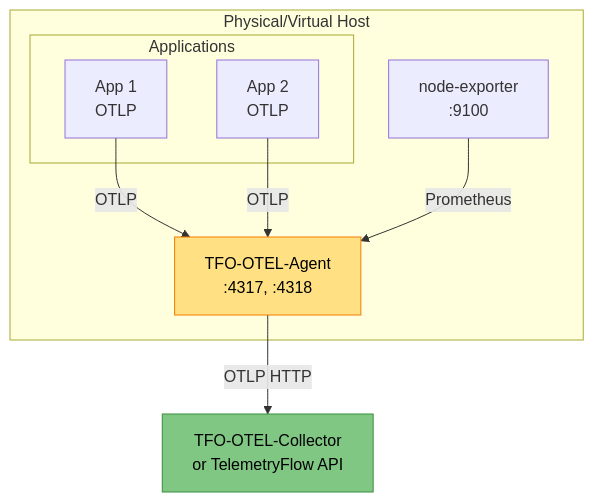
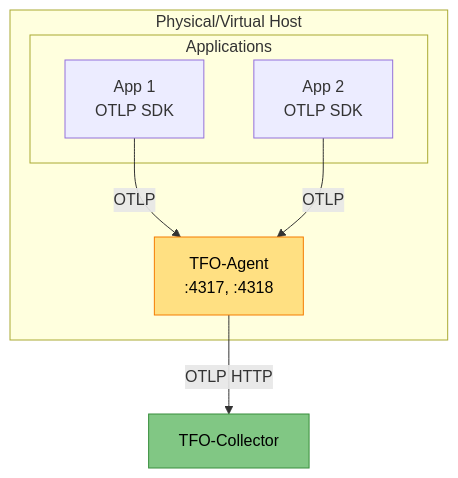
Before and after one commit to telemetryflow/telemetryflow-overview: the third of 3 diagrams in tfo-otel/TFO-OTEL-AGENT.md, drawn with Mermaid. The commit also changed other lines of this file and 55 other files, not shown here.

Commit message:
Update version for TelemetryFlow Observability (TFO) 1.1.1-CE

````diff
--- a/tfo-otel/TFO-OTEL-AGENT.md
+++ b/tfo-otel/TFO-OTEL-AGENT.md
@@ -714,23 +784,20 @@
 ```mermaid
 graph TB
     subgraph HOST[Physical/Virtual Host]
-        AGENT[TFO-OTEL-Agent<br/>:4317, :4318]
+        AGENT[TFO-Agent<br/>:4317, :4318]
 
         subgraph APPS[Applications]
-            APP1[App 1<br/>OTLP]
-            APP2[App 2<br/>OTLP]
+            APP1[App 1<br/>OTLP SDK]
+            APP2[App 2<br/>OTLP SDK]
         end
-
-        EXPORTER[node-exporter<br/>:9100]
     end
 
-    BACKEND[TFO-OTEL-Collector<br/>or TelemetryFlow API]
+    COLLECTOR[TFO-Collector]
 
     APP1 -->|OTLP| AGENT
     APP2 -->|OTLP| AGENT
-    EXPORTER -->|Prometheus| AGENT
-    AGENT -->|OTLP HTTP| BACKEND
+    AGENT -->|OTLP HTTP| COLLECTOR
 
     style AGENT fill:#FFE082,stroke:#F57C00,color:#000
-    style BACKEND fill:#81C784,stroke:#388E3C,color:#000
+    style COLLECTOR fill:#81C784,stroke:#388E3C,color:#000
 ```
````
